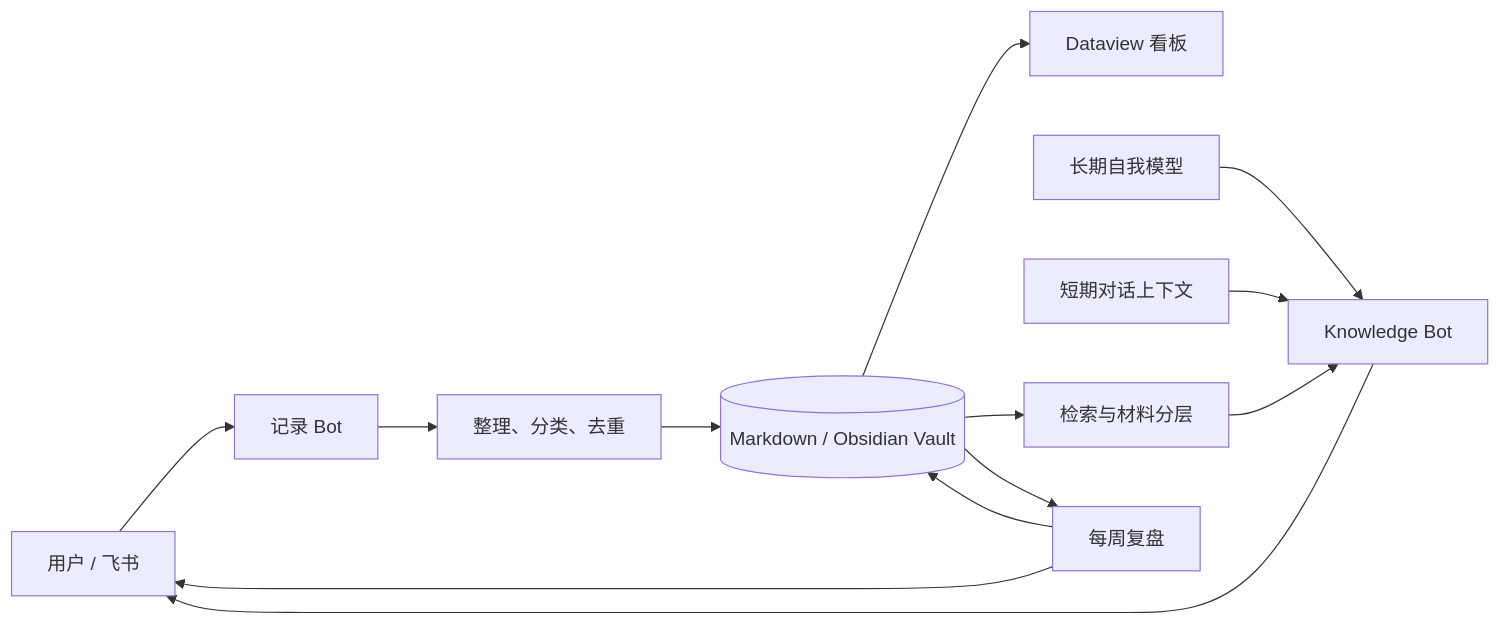
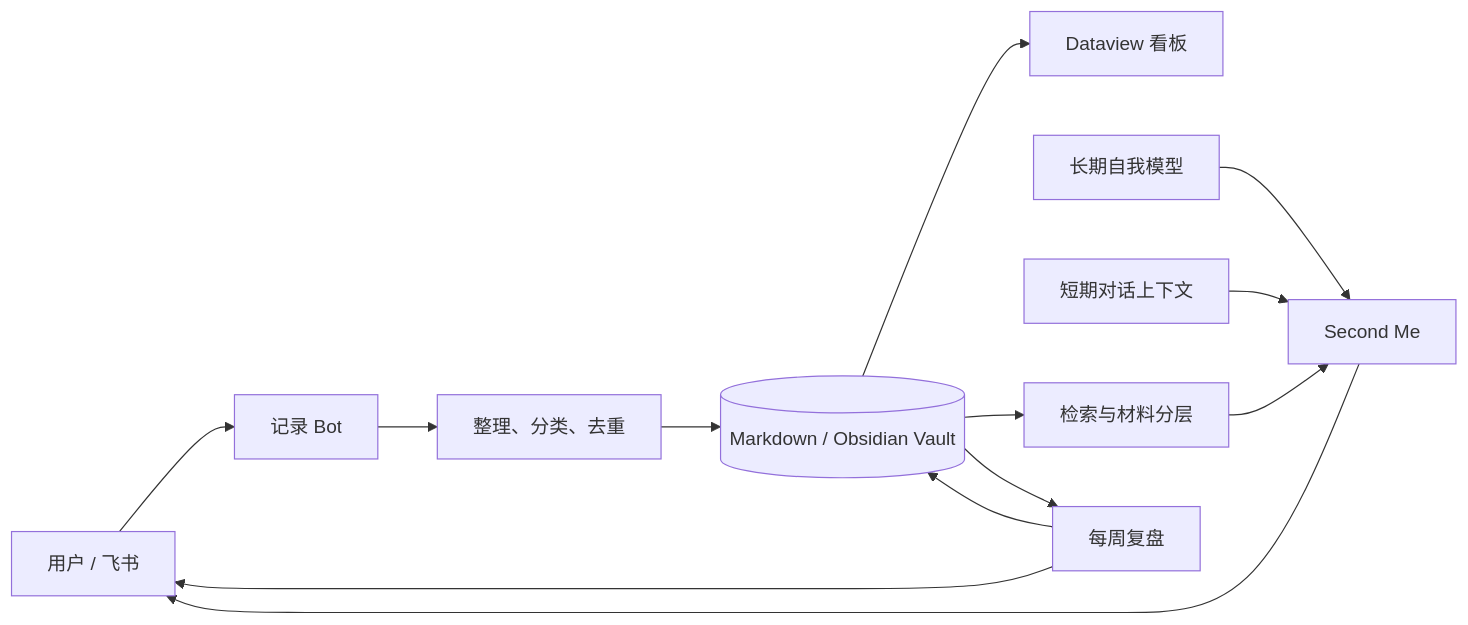
Before and after one commit to Shilren/journal-organizer: the diagram in README.md, drawn with Mermaid. The commit also changed other lines of this file and 4 other files, not shown here.

Commit message:
docs: explain the dual-bot and Second Me philosophy

````diff
--- a/README.md
+++ b/README.md
@@ -32,15 +76,15 @@
 ```mermaid
 flowchart LR
     U["用户 / 飞书"] --> W["记录 Bot"]
     W --> O["整理、分类、去重"]
     O --> V[("Markdown / Obsidian Vault")]
     V --> D["Dataview 看板"]
     V --> R["检索与材料分层"]
-    S["长期自我模型"] --> A["Knowledge Bot"]
+    S["长期自我模型"] --> A["Second Me"]
     H["短期对话上下文"] --> A
     R --> A
     A --> U
     V --> Q["每周复盘"]
     Q --> V
     Q --> U
 ```
````
